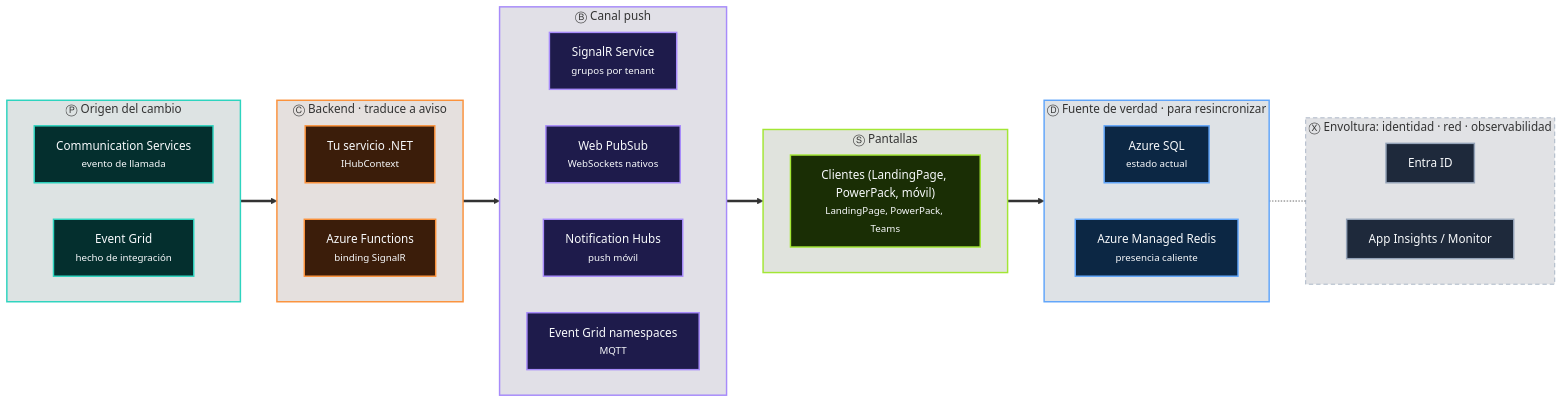
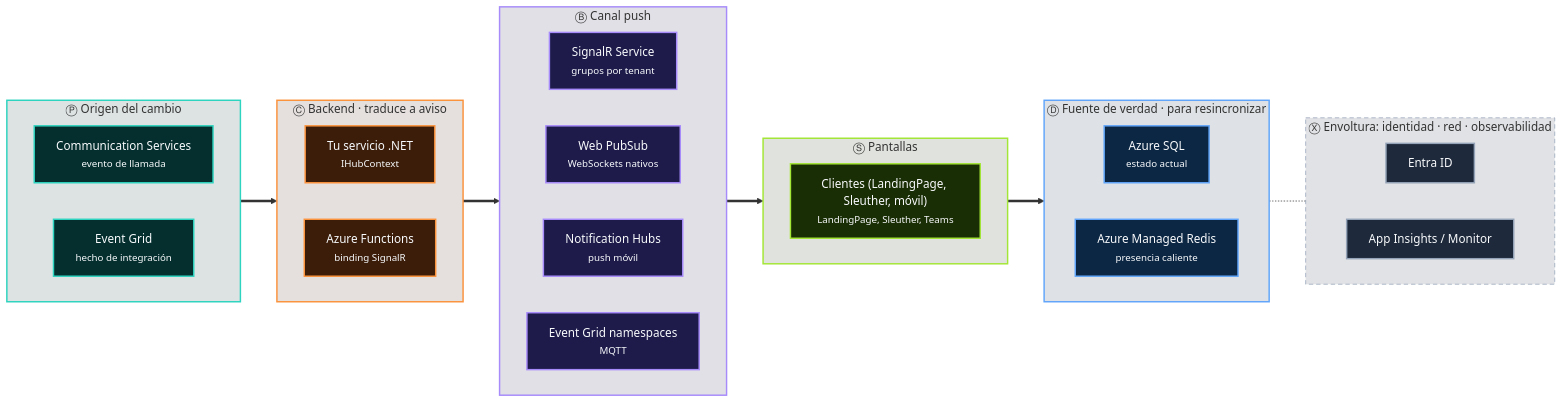
The eighth of 13 diagrams in docs/11-trece-arquitecturas-como-frases.md (CristianSifuentes/QuickTheoryNET), drawn with Mermaid before and after one commit. The commit also changed other lines of this file and 17 other files, not shown here.

First line of the commit message:
Rename the PowerPack project to Sleuther

````diff
--- a/docs/11-trece-arquitecturas-como-frases.md
+++ b/docs/11-trece-arquitecturas-como-frases.md
@@ -739,51 +739,51 @@
 ```mermaid
 flowchart LR
     subgraph L0["Ⓟ Origen del cambio"]
         direction LR
         L0_0["Communication Services<br/><small>evento de llamada</small>"]:::P
         L0_1["Event Grid<br/><small>hecho de integración</small>"]:::P
     end
     style L0 fill:#042F2E22,stroke:#2DD4BF,stroke-width:2px
     subgraph L1["Ⓒ Backend · traduce a aviso"]
         direction LR
         L1_0["Tu servicio .NET<br/><small>IHubContext</small>"]:::C
         L1_1["Azure Functions<br/><small>binding SignalR</small>"]:::C
     end
     style L1 fill:#3B1D0A22,stroke:#FB923C,stroke-width:2px
     subgraph L2["Ⓑ Canal push"]
         direction LR
         L2_0["SignalR Service<br/><small>grupos por tenant</small>"]:::B
         L2_1["Web PubSub<br/><small>WebSockets nativos</small>"]:::B
         L2_2["Notification Hubs<br/><small>push móvil</small>"]:::B
         L2_3["Event Grid namespaces<br/><small>MQTT</small>"]:::B
     end
     style L2 fill:#1E1B4B22,stroke:#A78BFA,stroke-width:2px
     subgraph L3["Ⓢ Pantallas"]
         direction LR
-        L3_0["Clientes (LandingPage, PowerPack, móvil)<br/><small>LandingPage, PowerPack, Teams</small>"]:::S
+        L3_0["Clientes (LandingPage, Sleuther, móvil)<br/><small>LandingPage, Sleuther, Teams</small>"]:::S
     end
     style L3 fill:#1A2E0522,stroke:#A3E635,stroke-width:2px
     subgraph L4["Ⓓ Fuente de verdad · para resincronizar"]
         direction LR
         L4_0["Azure SQL<br/><small>estado actual</small>"]:::D
         L4_1["Azure Managed Redis<br/><small>presencia caliente</small>"]:::D
     end
     style L4 fill:#0C274422,stroke:#60A5FA,stroke-width:2px
     L0 ==> L1
     L1 ==> L2
     L2 ==> L3
     L3 ==> L4
     subgraph XX["Ⓧ Envoltura: identidad · red · observabilidad"]
         direction LR
         X0["Entra ID"]:::X
         X1["App Insights / Monitor"]:::X
     end
     style XX fill:#1E293B22,stroke:#94A3B8,stroke-dasharray:6 4
     L4 -.- XX
     classDef P fill:#042F2E,stroke:#2DD4BF,color:#F8FAFC,stroke-width:2px
     classDef B fill:#1E1B4B,stroke:#A78BFA,color:#F8FAFC,stroke-width:2px
     classDef C fill:#3B1D0A,stroke:#FB923C,color:#F8FAFC,stroke-width:2px
     classDef D fill:#0C2744,stroke:#60A5FA,color:#F8FAFC,stroke-width:2px
     classDef S fill:#1A2E05,stroke:#A3E635,color:#F8FAFC,stroke-width:2px
     classDef X fill:#1E293B,stroke:#94A3B8,color:#F8FAFC,stroke-width:2px
 ```
````
